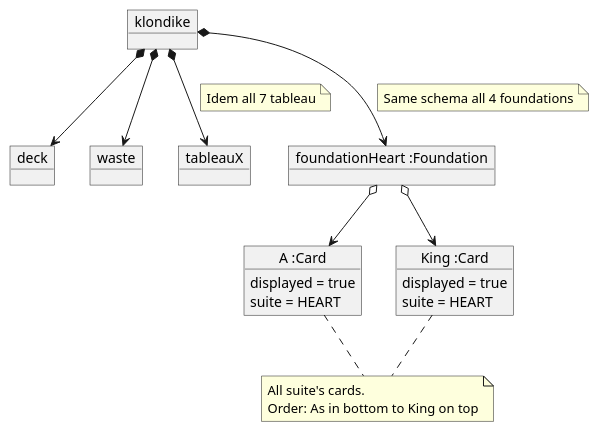
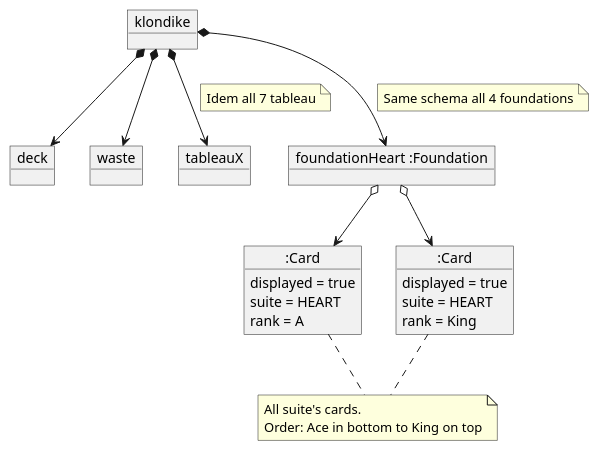
The diagram in MPDS/Klondike/docs/src/domain model final state.plantuml (PabloMartinFluvia/IT-School), drawn with PlantUML before and after one commit. The commit also changed 8 other files, not shown here.

```diff
--- a/MPDS/Klondike/docs/src/domain model final state.plantuml
+++ b/MPDS/Klondike/docs/src/domain model final state.plantuml
@@ -1,45 +1,47 @@
 @startuml
 
 object klondike
 
 object deck
 
 object waste
 
 object tableauX
 
 object "foundationHeart :Foundation" as foundation1
 
-object "A :Card" as cA{
+object ":Card" as cA{
     displayed = true
     suite = HEART
+    rank = A
 }
-object "King :Card" as cK{
+object ":Card" as cK{
     displayed = true
     suite = HEART
+    rank = King
 }
 
 'klondike dependencies'
 klondike *-down-> deck
 klondike *-down-> waste
 klondike *-down-> tableauX
 note on link
 Idem all 7 tableau
 end note
 
 klondike *-down-> foundation1
 note on link
 Same schema all 4 foundations
 end note
 
 foundation1 o-down-> cK
 foundation1 o-down-> cA
 
 note as cardNote
 All suite's cards.
-Order: As in bottom to King on top
+Order: Ace in bottom to King on top
 end note
 cA..cardNote
 cK..cardNote
 
 @enduml
```
